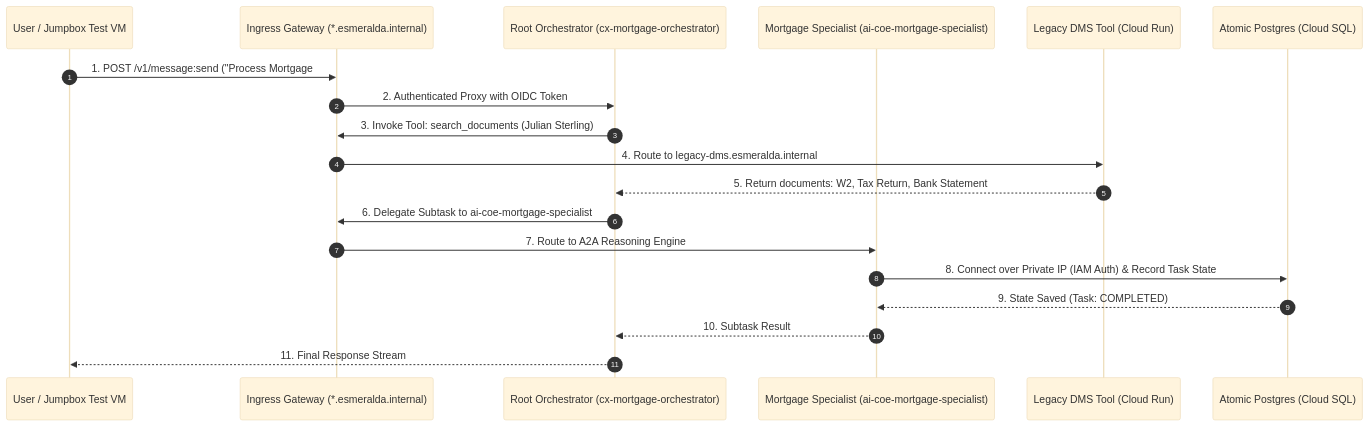
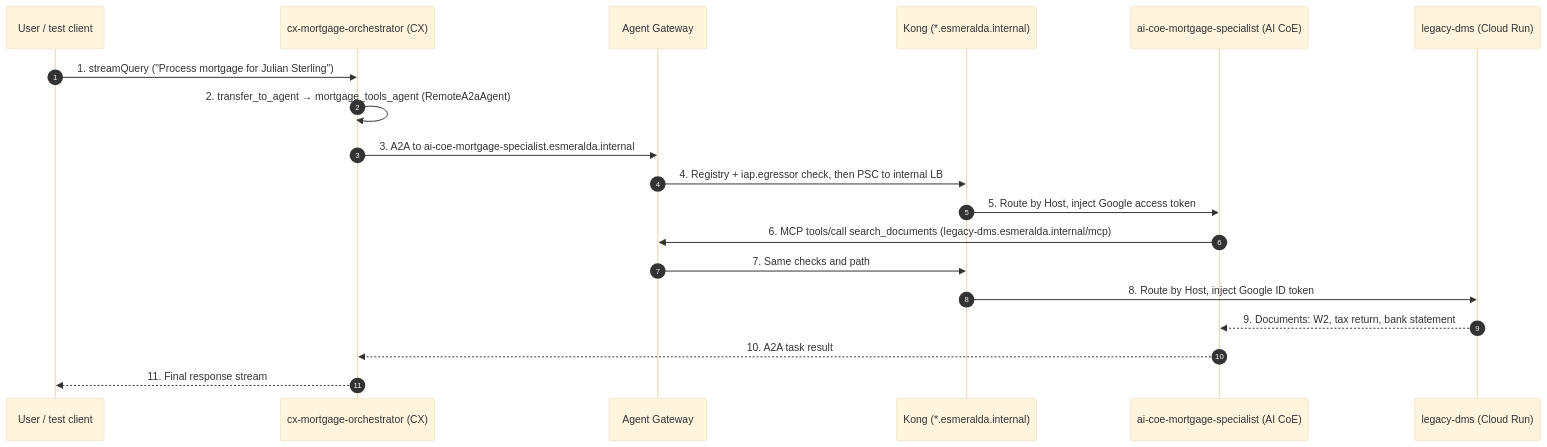
One commit to google/esmeralda changed the diagram in docs/2-workloads-and-catalog/03-ai-agents-and-database.md. Above: the diagram before and after it, drawn with Mermaid (base theme). The commit also changed other lines of this file and 15 other files, not shown here.

First line of the commit message:
docs: revise all docs for team-based names and current architecture

````diff
--- a/docs/2-workloads-and-catalog/03-ai-agents-and-database.md
+++ b/docs/2-workloads-and-catalog/03-ai-agents-and-database.md
@@ -48,22 +57,22 @@
 ```mermaid
 sequenceDiagram
     autonumber
-    participant Client as User / Jumpbox Test VM
-    participant Gateway as Ingress Gateway (*.esmeralda.internal)
-    participant Root as Root Orchestrator (cx-mortgage-orchestrator)
-    participant A2A as Mortgage Specialist (ai-coe-mortgage-specialist)
-    participant DMS as Legacy DMS Tool (Cloud Run)
-    participant DB as Atomic Postgres (Cloud SQL)
+    participant Client as User / test client
+    participant Orch as cx-mortgage-orchestrator (CX)
+    participant AGW as Agent Gateway
+    participant Kong as Kong (*.esmeralda.internal)
+    participant Spec as ai-coe-mortgage-specialist (AI CoE)
+    participant DMS as legacy-dms (Cloud Run)
 
-    Client->>Gateway: 1. POST /v1/message:send ("Process Mortgage #2024-7891")
-    Gateway->>Root: 2. Authenticated Proxy with OIDC Token
-    Root->>Gateway: 3. Invoke Tool: search_documents (Julian Sterling)
-    Gateway->>DMS: 4. Route to legacy-dms.esmeralda.internal
-    DMS-->>Root: 5. Return documents: W2, Tax Return, Bank Statement
-    Root->>Gateway: 6. Delegate Subtask to ai-coe-mortgage-specialist
-    Gateway->>A2A: 7. Route to A2A Reasoning Engine
-    A2A->>DB: 8. Connect over Private IP (IAM Auth) & Record Task State
-    DB-->>A2A: 9. State Saved (Task: COMPLETED)
-    A2A-->>Root: 10. Subtask Result
-    Root-->>Client: 11. Final Response Stream
+    Client->>Orch: 1. streamQuery ("Process mortgage for Julian Sterling")
+    Orch->>Orch: 2. transfer_to_agent → mortgage_tools_agent (RemoteA2aAgent)
+    Orch->>AGW: 3. A2A to ai-coe-mortgage-specialist.esmeralda.internal
+    AGW->>Kong: 4. Registry + iap.egressor check, then PSC to internal LB
+    Kong->>Spec: 5. Route by Host, inject Google access token
+    Spec->>AGW: 6. MCP tools/call search_documents (legacy-dms.esmeralda.internal/mcp)
+    AGW->>Kong: 7. Same checks and path
+    Kong->>DMS: 8. Route by Host, inject Google ID token
+    DMS-->>Spec: 9. Documents: W2, tax return, bank statement
+    Spec-->>Orch: 10. A2A task result
+    Orch-->>Client: 11. Final response stream
 ```
````
